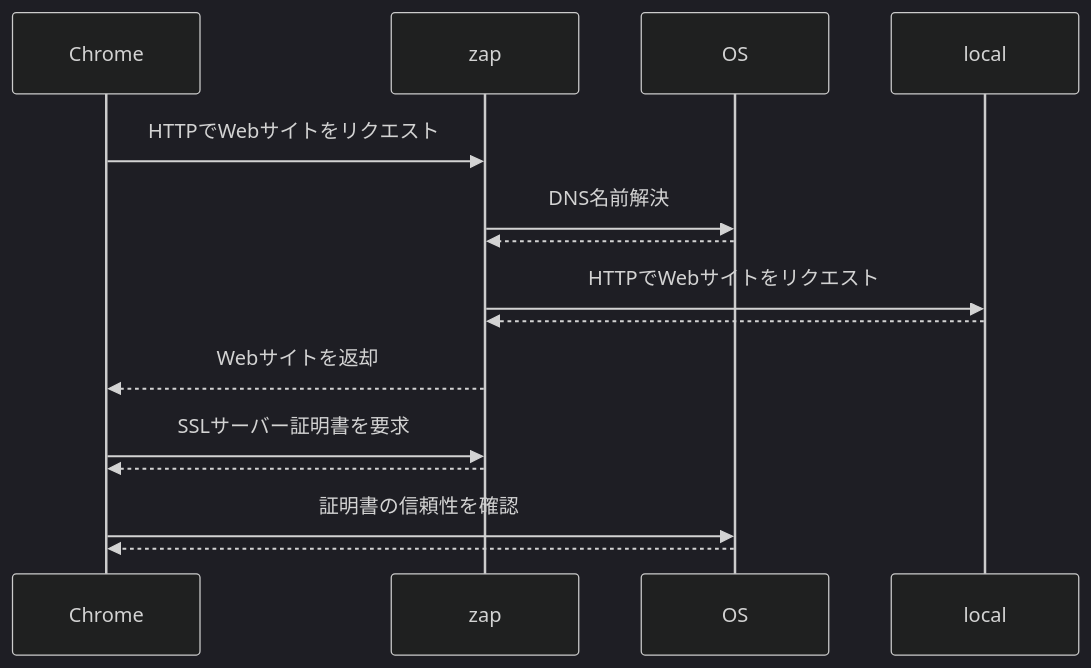
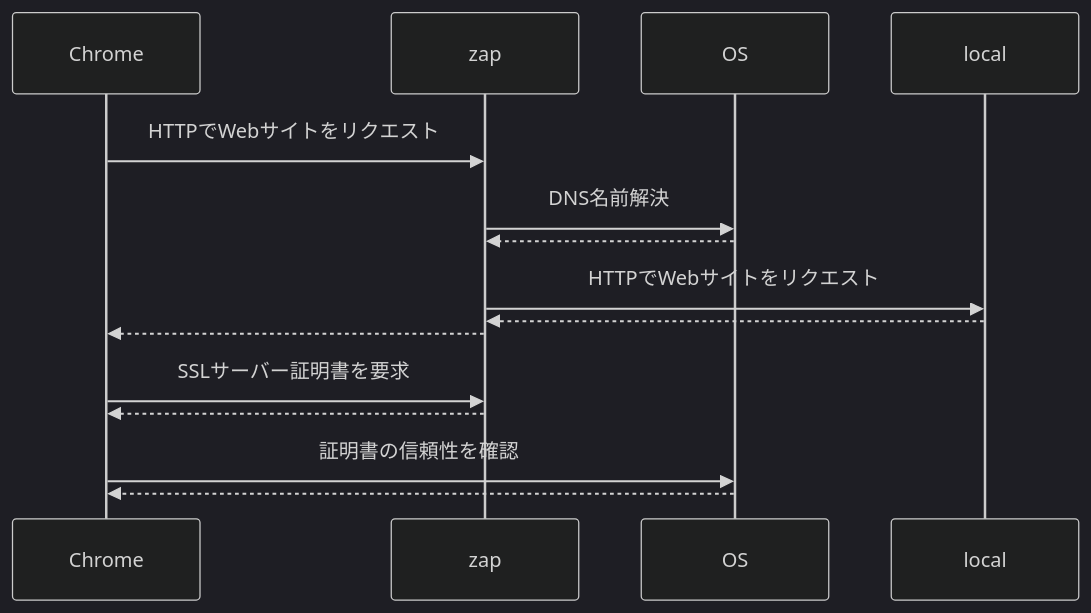
Before and after one commit to xhiroga/zenn-content: the diagram in articles/owasp-zap-localhost-subdomain.md, drawn with Mermaid (dark theme).

Commit message:
chore: 返却で日本語無くしてみる

````diff
--- a/articles/owasp-zap-localhost-subdomain.md
+++ b/articles/owasp-zap-localhost-subdomain.md
@@ -44,14 +44,14 @@
 ```mermaid
 sequenceDiagram
     Chrome->>zap: HTTPでWebサイトをリクエスト
     zap->>OS: DNS名前解決
     OS-->>zap: 
     zap->>local: HTTPでWebサイトをリクエスト
     local-->>zap: 
-    zap-->>Chrome: Webサイトを返却
+    zap-->>Chrome: 
     Chrome->>zap: SSLサーバー証明書を要求
     zap-->>Chrome: 
     Chrome->>OS: 証明書の信頼性を確認
     OS-->>Chrome: 
 
 ```
````
